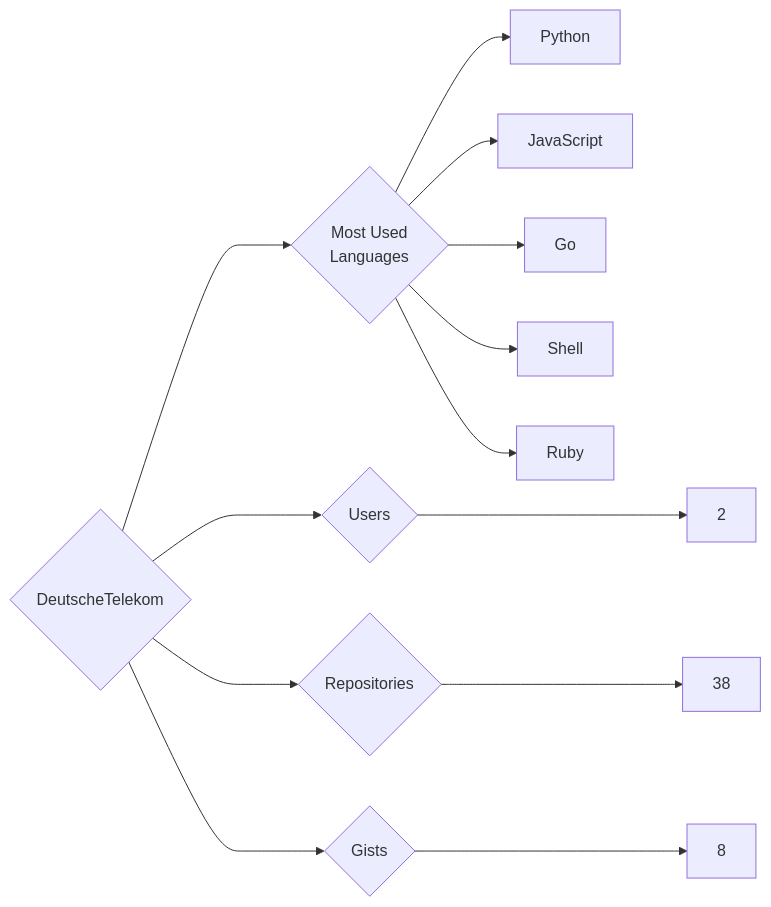
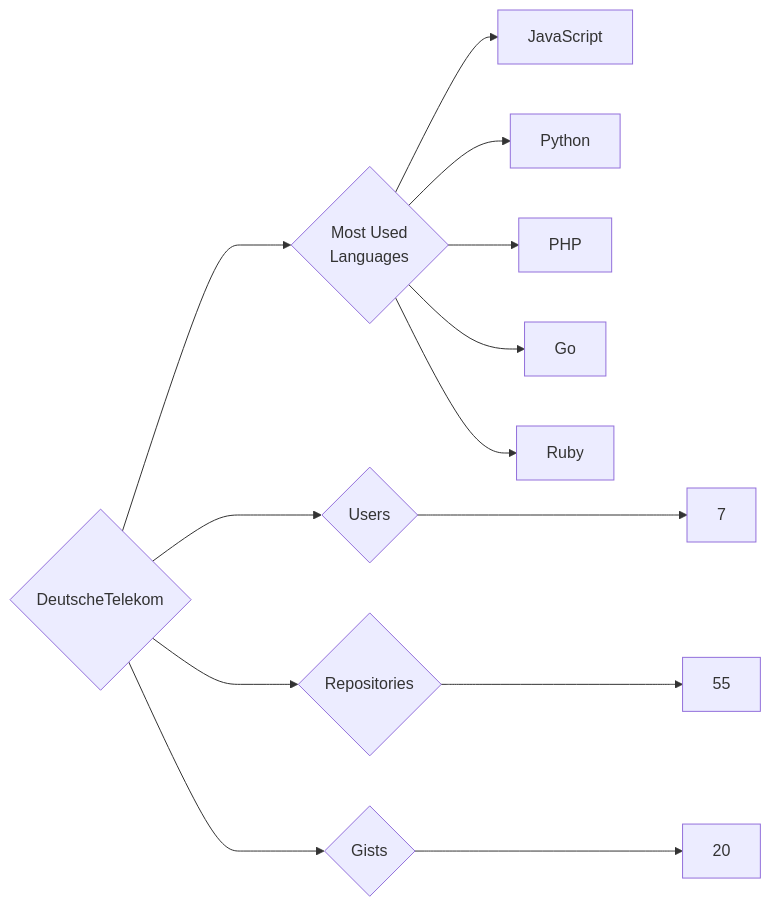
The diagram in targets/DeutscheTelekom/README.md (trickest/insiders), drawn with Mermaid before and after one commit. The commit also changed 1148 other files, not shown here.

````diff
--- a/targets/DeutscheTelekom/README.md
+++ b/targets/DeutscheTelekom/README.md
@@ -3,13 +3,13 @@
 ```mermaid
 graph LR
 COMPANY_NAME{DeutscheTelekom}
-COMPANY_NAME ---> U{Users} ---> UN[2]
-COMPANY_NAME ---> R{Repositories} ---> RN[38]
-COMPANY_NAME ---> G{Gists} ---> GN[8]
+COMPANY_NAME ---> U{Users} ---> UN[7]
+COMPANY_NAME ---> R{Repositories} ---> RN[55]
+COMPANY_NAME ---> G{Gists} ---> GN[20]
 COMPANY_NAME ---> ML{Most Used<br>Languages}
+ML --> JavaScript[JavaScript]
 ML --> Python[Python]
-ML --> JavaScript[JavaScript]
+ML --> PHP[PHP]
 ML --> Go[Go]
-ML --> Shell[Shell]
 ML --> Ruby[Ruby]
 ```
````
